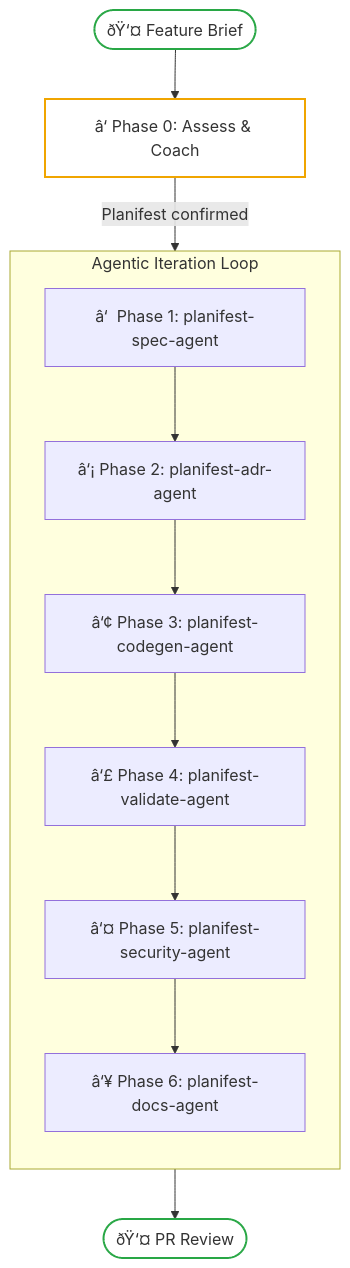
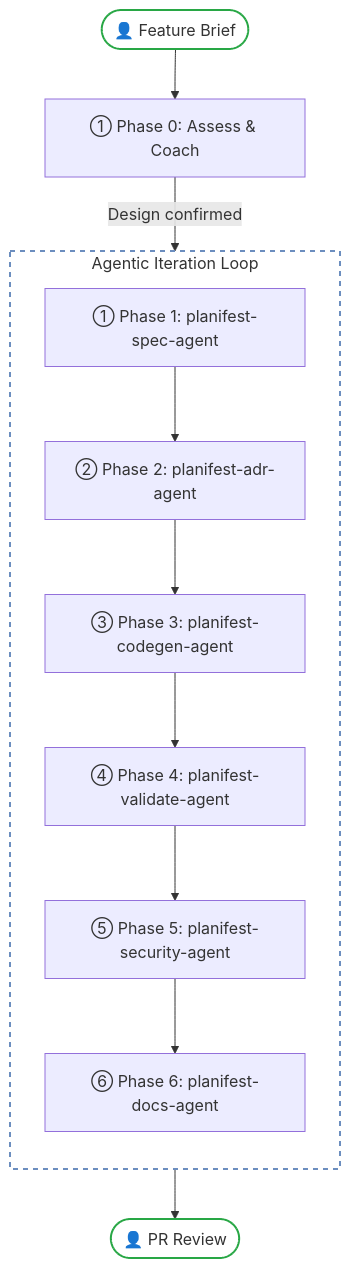
One commit to planifest/planifest-website changed the second of 3 diagrams in planifest-docs/p001-planifest-master-plan.md. Above: the diagram before and after it, drawn with Mermaid. The commit also changed other lines of this file and 8 other files, not shown here.

````diff
--- a/planifest-docs/p001-planifest-master-plan.md
+++ b/planifest-docs/p001-planifest-master-plan.md
@@ -179,21 +113,21 @@
 ```mermaid
 flowchart TD
-    BRIEF([ðŸ‘¤ Feature Brief]) --> P0[â‘ Phase 0: Assess & Coach]
-    P0 -->|Planifest confirmed| LOOP
+    BRIEF([👤 Feature Brief]) --> P0[① Phase 0: Assess & Coach]
+    P0 -->|Design confirmed| LOOP
     
     subgraph LOOP["Agentic Iteration Loop"]
         direction TB
-        P1[â‘  Phase 1: planifest-spec-agent]
-        P1 --> P2[â‘¡ Phase 2: planifest-adr-agent]
-        P2 --> P3[â‘¢ Phase 3: planifest-codegen-agent]
-        P3 --> P4[â‘£ Phase 4: planifest-validate-agent]
-        P4 --> P5[â‘¤ Phase 5: planifest-security-agent]
-        P5 --> P6[â‘¥ Phase 6: planifest-docs-agent]
+        P1[① Phase 1: planifest-spec-agent]
+        P1 --> P2[② Phase 2: planifest-adr-agent]
+        P2 --> P3[③ Phase 3: planifest-codegen-agent]
+        P3 --> P4[④ Phase 4: planifest-validate-agent]
+        P4 --> P5[⑤ Phase 5: planifest-security-agent]
+        P5 --> P6[⑥ Phase 6: planifest-docs-agent]
     end
     
-    P6 --> HGATE([ðŸ‘¤ PR Review])
+    P6 --> HGATE([👤 PR Review])
 
     style BRIEF fill:transparent,stroke:#28a745,stroke-width:2px
     style HGATE fill:transparent,stroke:#28a745,stroke-width:2px
-    style P0 fill:transparent,stroke:#f0a500,stroke-width:2px
+    style LOOP fill:transparent,stroke:#6c8ebf,stroke-width:2px,stroke-dasharray: 5 5
 ```
````
